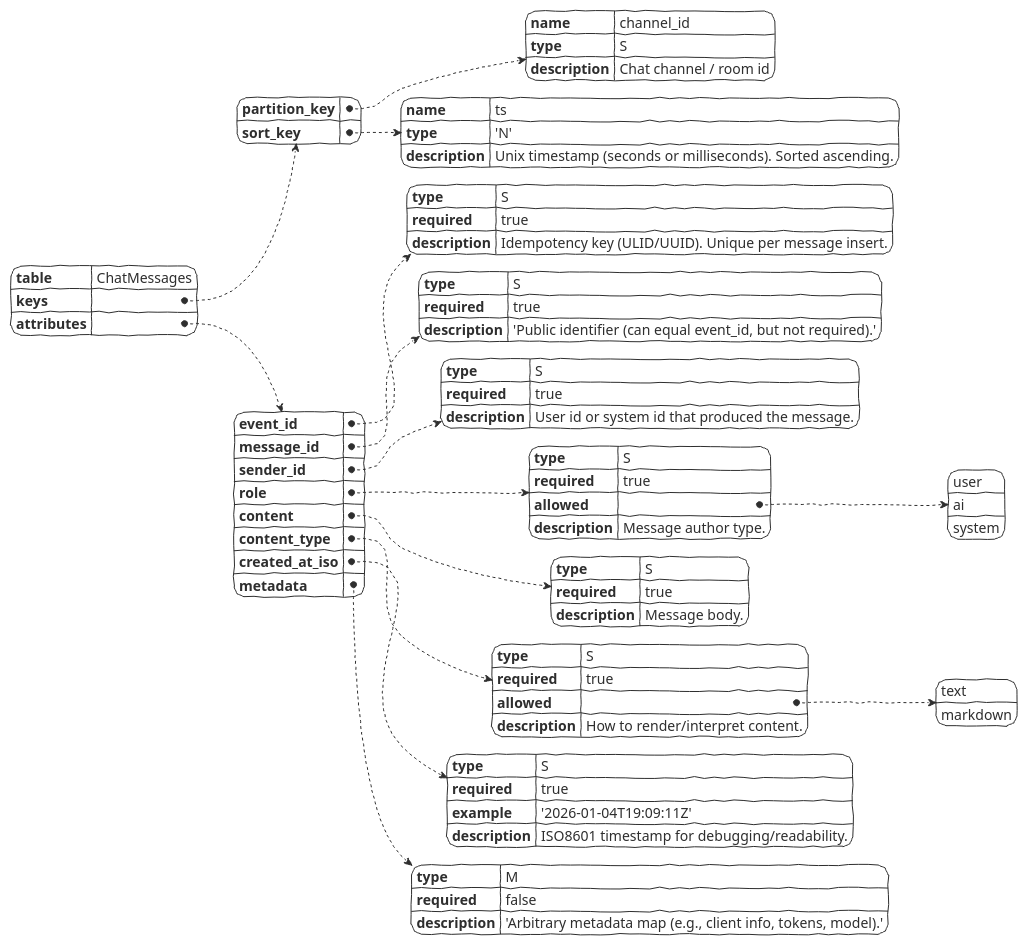
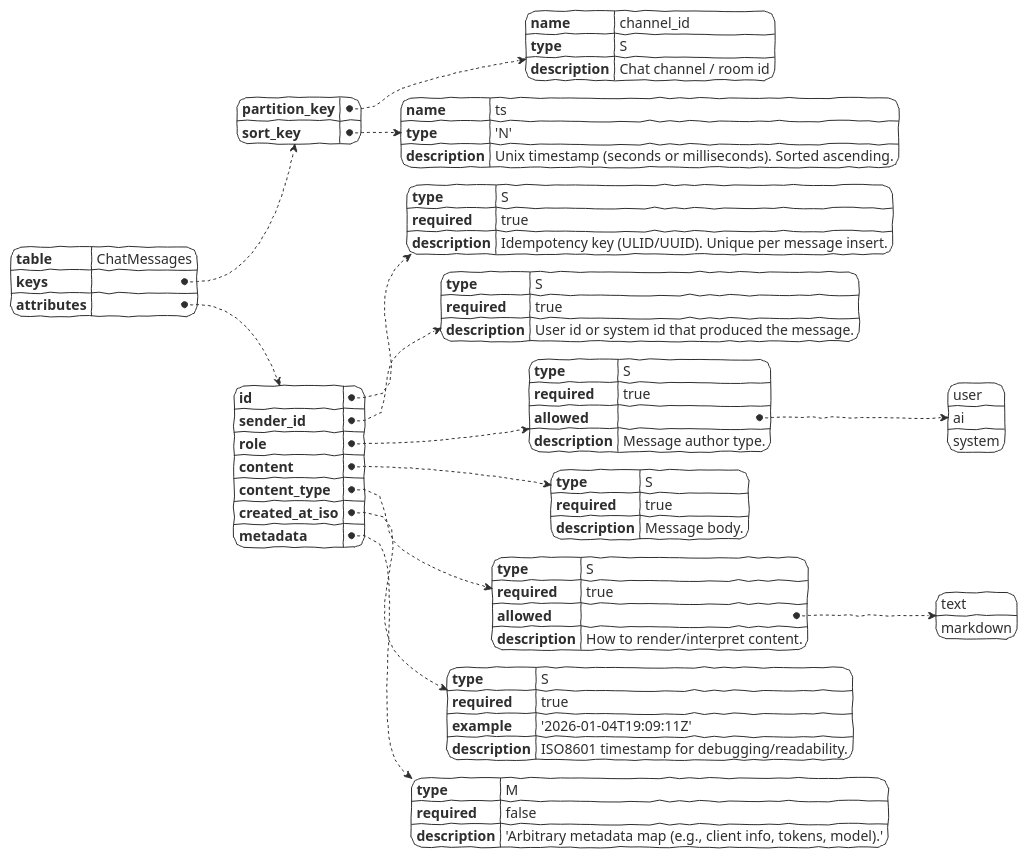
Before and after one commit to yokharian/event-driven-chat-service: the diagram in .specify/features/DDB-eventbus/table-schema.puml, drawn with PlantUML. The commit also changed 32 other files, not shown here.

```diff
--- a/.specify/features/DDB-eventbus/table-schema.puml
+++ b/.specify/features/DDB-eventbus/table-schema.puml
@@ -1,55 +1,51 @@
 @startyaml
 !theme sketchy-outline
 table: ChatMessages
 keys:
   partition_key:
     name: channel_id
     type: S
     description: Chat channel / room id
   sort_key:
     name: ts
     type: 'N'
     description: Unix timestamp (seconds or milliseconds). Sorted ascending.
 attributes:
-  event_id:
+  id:
     type: S
     required: true
     description: Idempotency key (ULID/UUID). Unique per message insert.
-  message_id:
-    type: S
-    required: true
-    description: 'Public identifier (can equal event_id, but not required).'
   sender_id:
     type: S
     required: true
     description: User id or system id that produced the message.
   role:
     type: S
     required: true
     allowed:
       - user
       - ai
       - system
     description: Message author type.
   content:
     type: S
     required: true
     description: Message body.
   content_type:
     type: S
     required: true
     allowed:
       - text
       - markdown
     description: How to render/interpret content.
   created_at_iso:
     type: S
     required: true
     example: '2026-01-04T19:09:11Z'
     description: ISO8601 timestamp for debugging/readability.
   metadata:
     type: M
     required: false
     description: 'Arbitrary metadata map (e.g., client info, tokens, model).'
 
 @endyaml
```
